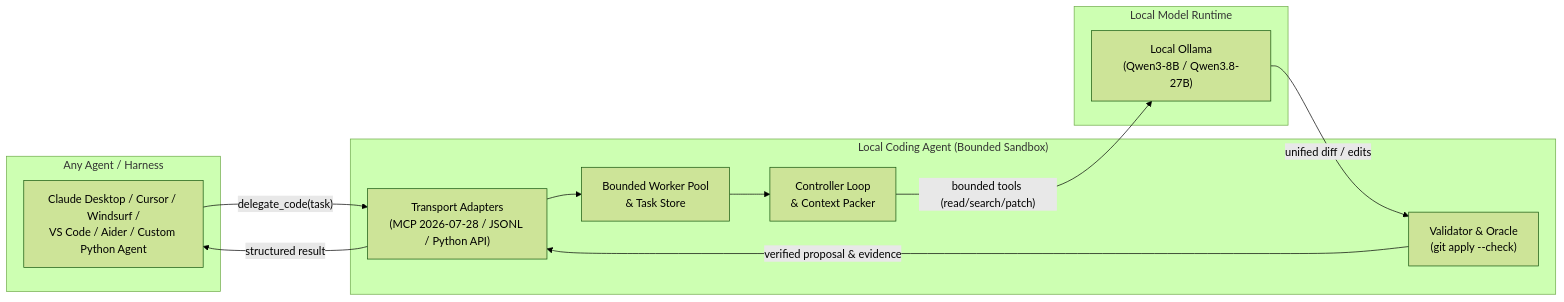
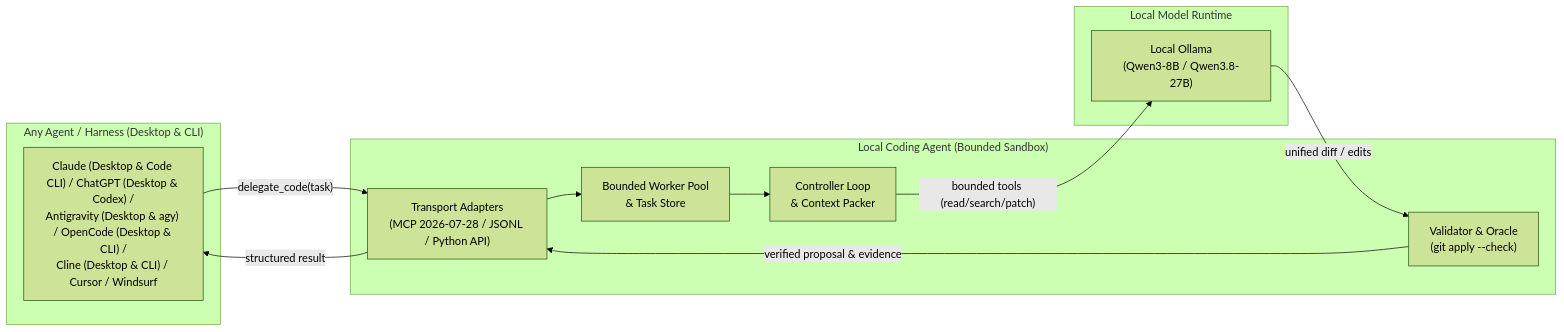
The diagram in README.md (pvnc228/codex-local-coding-agent), drawn with Mermaid (forest theme) before and after one commit. The commit also changed other lines of this file and 6 other files, not shown here.

Commit message:
feat: support full harness suite (Claude, ChatGPT, Antigravity, OpenCode, Cline, Cursor, Windsurf) in Desktop and CLI modes

````diff
--- a/README.md
+++ b/README.md
@@ -25,24 +25,24 @@
 ```mermaid
 flowchart LR
-    subgraph Host["Any Agent / Harness"]
-        A["Claude Desktop / Cursor / Windsurf /<br>VS Code / Aider / Custom Python Agent"]
+    subgraph Host["Any Agent / Harness (Desktop & CLI)"]
+        A["Claude (Desktop & Code CLI) / ChatGPT (Desktop & Codex) /<br>Antigravity (Desktop & agy) / OpenCode (Desktop & CLI) /<br>Cline (Desktop & CLI) / Cursor / Windsurf"]
     end
 
     subgraph Sandbox["Local Coding Agent (Bounded Sandbox)"]
         B["Transport Adapters<br>(MCP 2026-07-28 / JSONL / Python API)"]
         C["Bounded Worker Pool<br>&amp; Task Store"]
         D["Controller Loop<br>&amp; Context Packer"]
         E["Validator &amp; Oracle<br>(git apply --check)"]
     end
 
     subgraph Runtime["Local Model Runtime"]
         F["Local Ollama<br>(Qwen3-8B / Qwen3.8-27B)"]
     end
 
     A -- "delegate_code(task)" --> B
     B --> C --> D
     D -- "bounded tools (read/search/patch)" --> F
     F -- "unified diff / edits" --> E
     E -- "verified proposal &amp; evidence" --> B
     B -- "structured result" --> A
 ```
````
